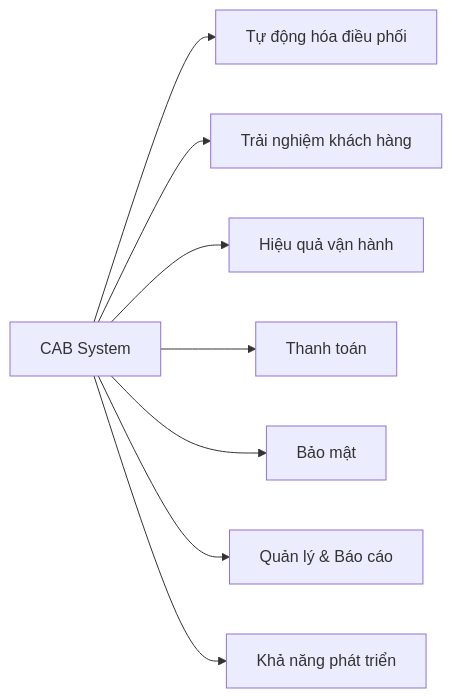
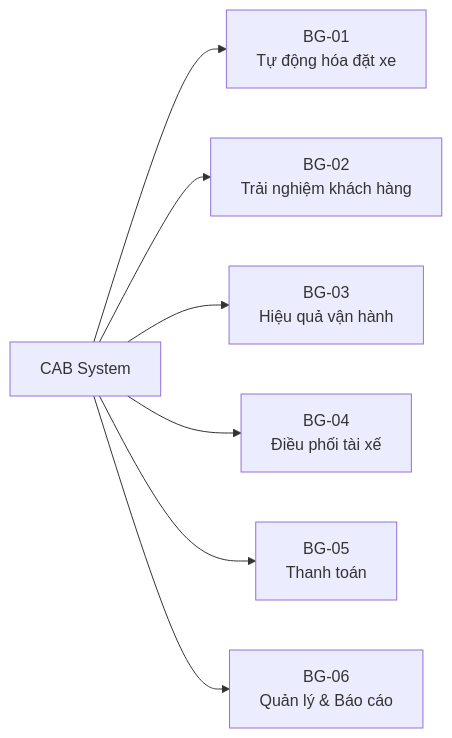
The second of 11 diagrams in SRS.md (tuyetsang-sun/23663021_DaoThiTuyetSang_CABSYSTEM), drawn with Mermaid before and after one commit. The commit also changed other lines of this file, not shown here.

````diff
--- a/SRS.md
+++ b/SRS.md
@@ -69,10 +64,11 @@
 ```mermaid
 flowchart LR
-    A["CAB System"] --> B["Tự động hóa điều phối"]
-    A --> C["Trải nghiệm khách hàng"]
-    A --> D["Hiệu quả vận hành"]
-    A --> E["Thanh toán"]
-    A --> F["Bảo mật"]
-    A --> G["Quản lý & Báo cáo"]
-    A --> H["Khả năng phát triển"]
+    A["CAB System"]
+
+    A --> B["BG-01<br/>Tự động hóa đặt xe"]
+    A --> C["BG-02<br/>Trải nghiệm khách hàng"]
+    A --> D["BG-03<br/>Hiệu quả vận hành"]
+    A --> E["BG-04<br/>Điều phối tài xế"]
+    A --> F["BG-05<br/>Thanh toán"]
+    A --> G["BG-06<br/>Quản lý & Báo cáo"]
 ```
````
